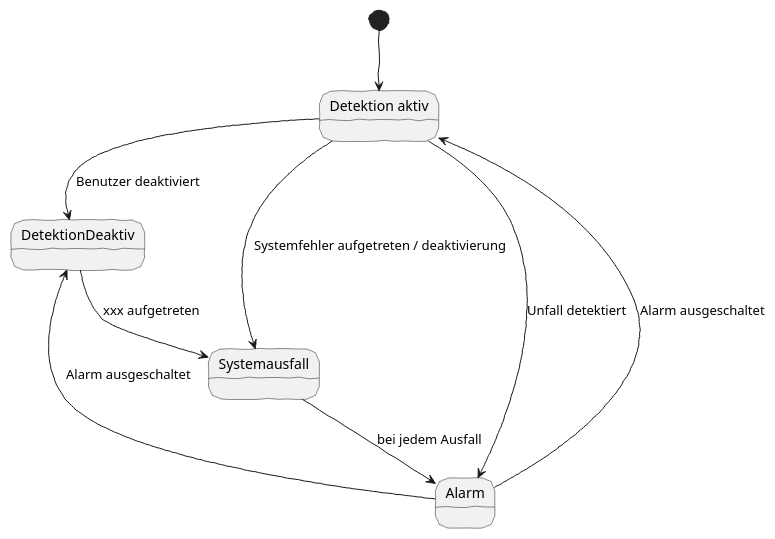
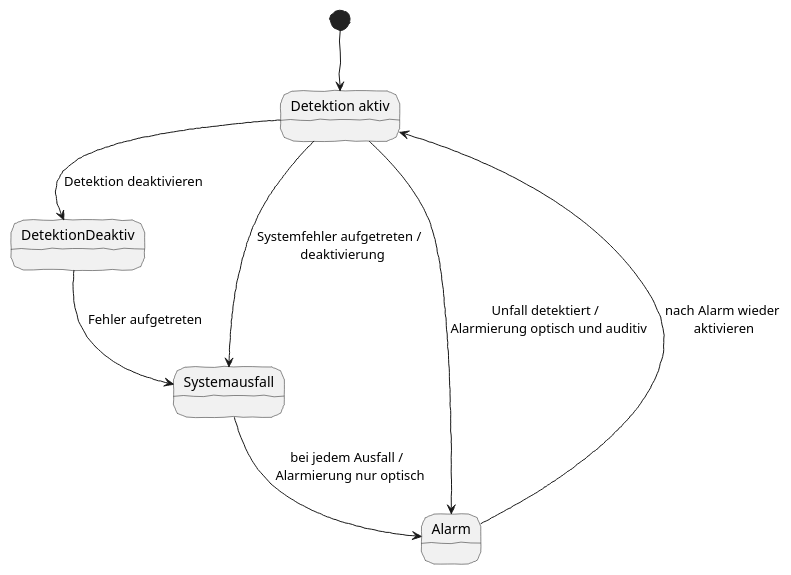
Before and after one commit to KonstantinFrank01/safer-pool-docs: the third of 4 diagrams in asciidocs/index.adoc, drawn with PlantUML. The commit also changed other lines of this file, not shown here.

Commit message:
Modified the state diagram and fixed a typo in the system architecture

```diff
--- a/asciidocs/index.adoc
+++ b/asciidocs/index.adoc
@@ -125,19 +125,16 @@
 [plantuml]
 ----
 @startuml
 skinparam handwritten true
 
 [*] --> DetektionAktiv
 state "Detektion aktiv" as DetektionAktiv
-DetektionAktiv --> DetektionDeaktiv : Benutzer deaktiviert
+DetektionAktiv --> DetektionDeaktiv : Detektion deaktivieren
 
-DetektionAktiv --> Systemausfall : Systemfehler aufgetreten / deaktivierung
-DetektionDeaktiv --> Systemausfall : xxx aufgetreten
-DetektionAktiv --> Alarm : Unfall detektiert
-Systemausfall --> Alarm : bei jedem Ausfall
-
-Alarm --> DetektionAktiv : Alarm ausgeschaltet
-Alarm --> DetektionDeaktiv : Alarm ausgeschaltet
-
+DetektionAktiv --> Systemausfall : Systemfehler aufgetreten / \n deaktivierung
+DetektionDeaktiv --> Systemausfall : Fehler aufgetreten
+DetektionAktiv --> Alarm : Unfall detektiert / \n Alarmierung optisch und auditiv
+Systemausfall --> Alarm : bei jedem Ausfall / \n Alarmierung nur optisch
+Alarm --> DetektionAktiv : nach Alarm wieder\n aktivieren
 @enduml
 ----
```
